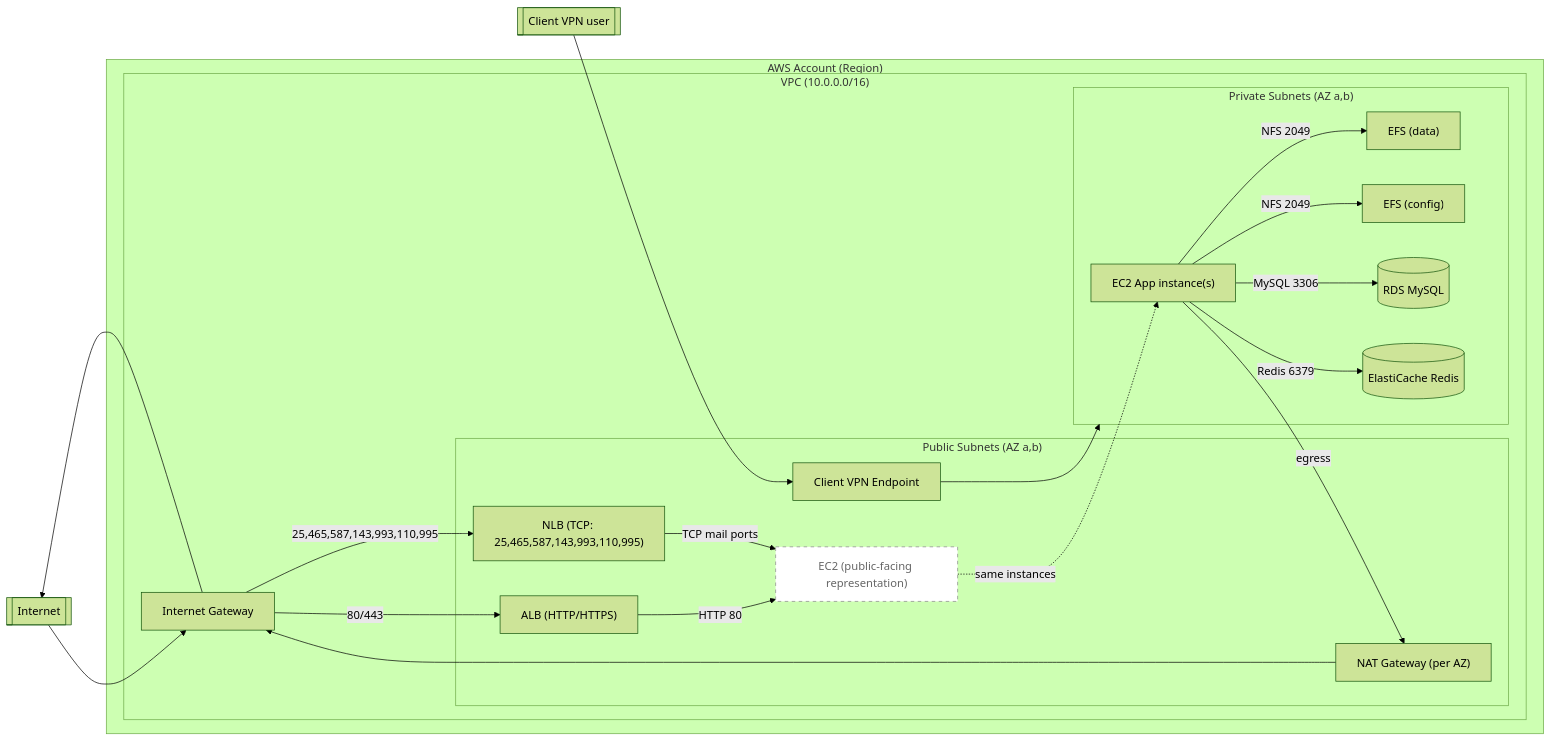
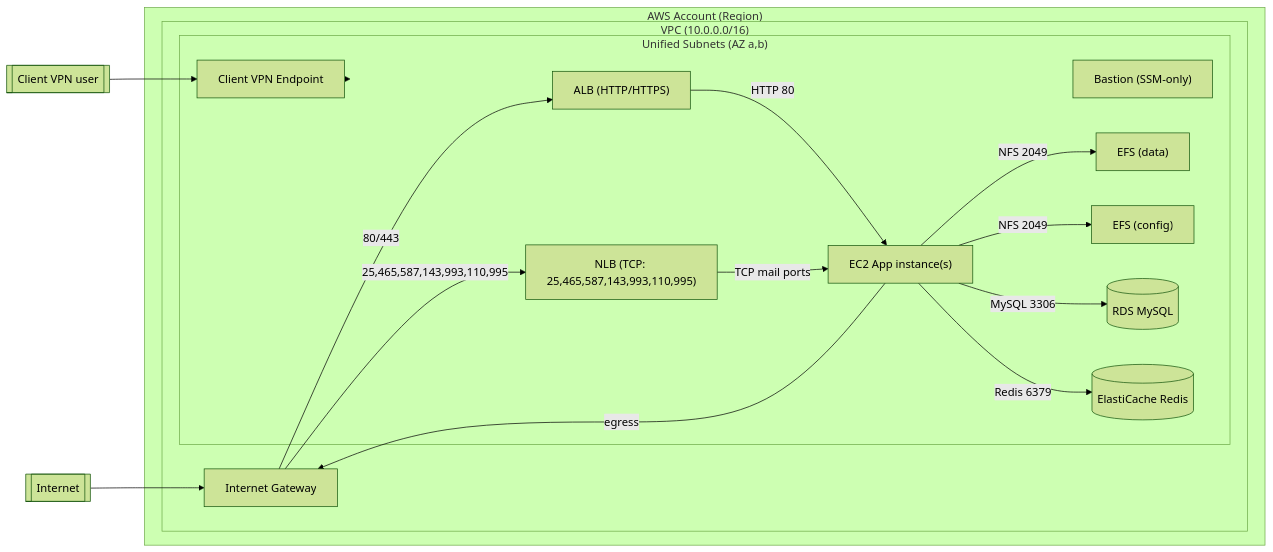
The diagram in ARCHITECTURE.md (spetr/iw-terraform), drawn with Mermaid (forest theme) before and after one commit. The commit also changed other lines of this file and 9 other files, not shown here.

````diff
--- a/ARCHITECTURE.md
+++ b/ARCHITECTURE.md
@@ -5,54 +5,44 @@
 ```mermaid
 flowchart LR
   Internet[[Internet]]
   Client[[Client VPN user]]
 
   subgraph AWS["AWS Account (Region)"]
     subgraph VPC["VPC (10.0.0.0/16)"]
       IGW["Internet Gateway"]
 
-      subgraph Public["Public Subnets (AZ a,b)"]
+      subgraph Unified["Unified Subnets (AZ a,b)"]
         ALB["ALB (HTTP/HTTPS)"]
         NLB["NLB (TCP: 25,465,587,143,993,110,995)"]
-        NAT["NAT Gateway (per AZ)"]
+        EC2["EC2 App instance(s)"]
+        Bastion["Bastion (SSM-only)"]
         CVPN["Client VPN Endpoint"]
-        EC2P["EC2 (public-facing representation)"]
-      end
-
-      subgraph Private["Private Subnets (AZ a,b)"]
-        EC2["EC2 App instance(s)"]
         EFS1["EFS (data)"]
         EFS2["EFS (config)"]
         RDS[("RDS MySQL")]
         Redis[("ElastiCache Redis")]
       end
     end
   end
 
   %% Inbound from Internet
   Internet --> IGW
   IGW -->|80/443| ALB
   IGW -->|25,465,587,143,993,110,995| NLB
 
-  %% Load balancer to EC2 (public representation)
-  ALB -->|HTTP 80| EC2P
-  NLB -->|TCP mail ports| EC2P
-  EC2P -. same instances -.-> EC2
+  %% Load balancers to EC2
+  ALB -->|HTTP 80| EC2
+  NLB -->|TCP mail ports| EC2
 
   %% East-west inside VPC
   EC2 -- "NFS 2049" --> EFS1
   EC2 -- "NFS 2049" --> EFS2
   EC2 -->|"MySQL 3306"| RDS
   EC2 -->|"Redis 6379"| Redis
 
-  %% Egress
-  EC2 -->|egress| NAT
-  NAT --> IGW
-  IGW --> Internet
+  %% Egress (no NAT)
+  EC2 -->|egress| IGW
 
   %% VPN access into VPC
-  Client --> CVPN --> Private
-
-  classDef ghost fill:#ffffff,stroke:#888,stroke-dasharray: 5 5,color:#666;
-  class EC2P ghost;
+  Client --> CVPN --> Unified
 ```
````
